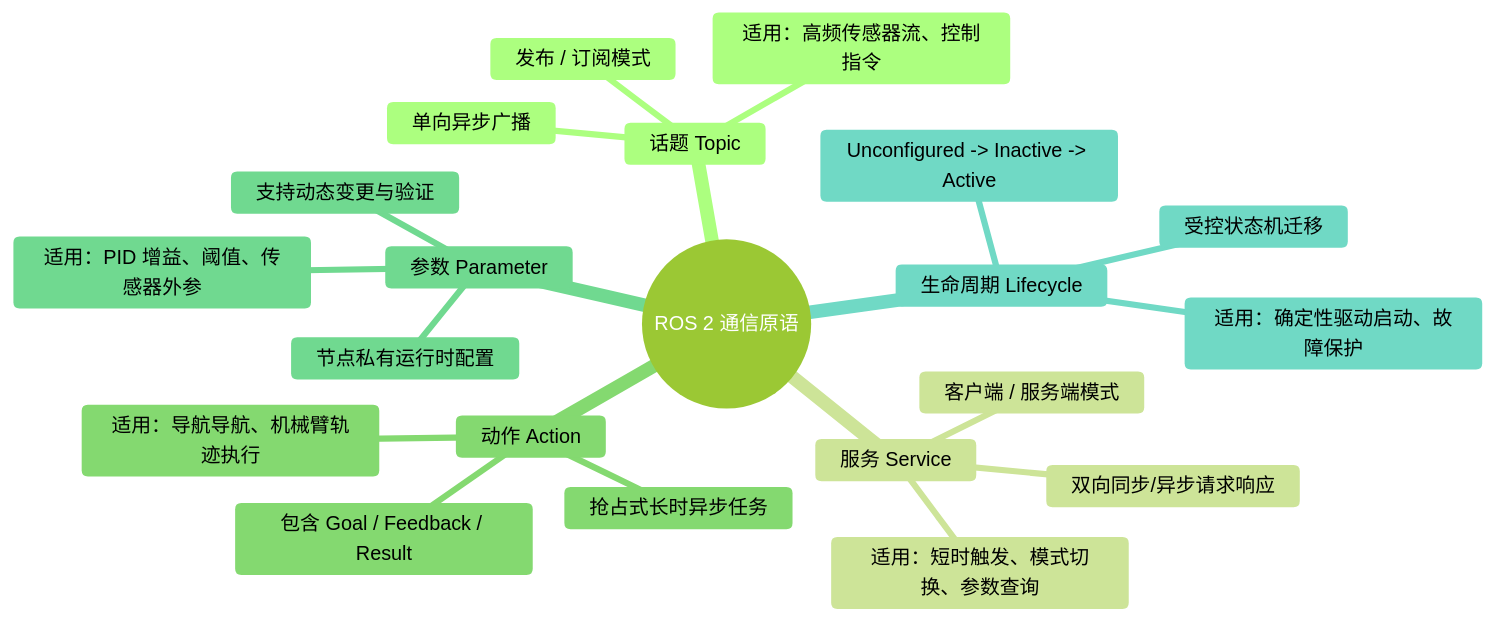
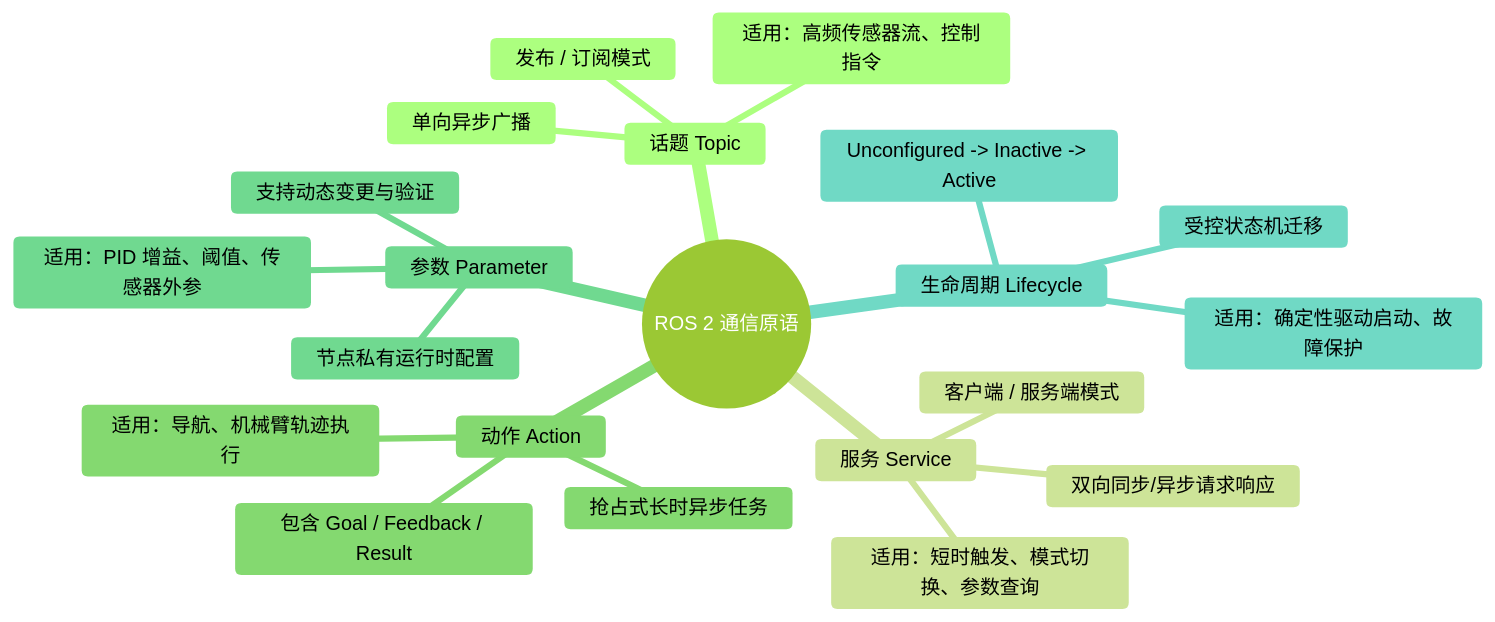
Before and after one commit to TingdeLiu/tingdeliu.github.io: the fifth of 21 diagrams in _posts/research/2026-03-05-ROS2-Survey.md, drawn with Mermaid (forest theme). The commit also changed other lines of this file, not shown here.

````diff
--- a/_posts/research/2026-03-05-ROS2-Survey.md
+++ b/_posts/research/2026-03-05-ROS2-Survey.md
@@ -272,24 +253,24 @@
 ```mermaid
 mindmap
   root((ROS 2 通信原语))
     话题 Topic
       单向异步广播
       发布 / 订阅模式
       适用：高频传感器流、控制指令
     服务 Service
       双向同步/异步请求响应
       客户端 / 服务端模式
       适用：短时触发、模式切换、参数查询
     动作 Action
       抢占式长时异步任务
       包含 Goal / Feedback / Result
-      适用：导航导航、机械臂轨迹执行
+      适用：导航、机械臂轨迹执行
     参数 Parameter
       节点私有运行时配置
       支持动态变更与验证
       适用：PID 增益、阈值、传感器外参
     生命周期 Lifecycle
       受控状态机迁移
       Unconfigured -> Inactive -> Active
       适用：确定性驱动启动、故障保护
 ```
````
